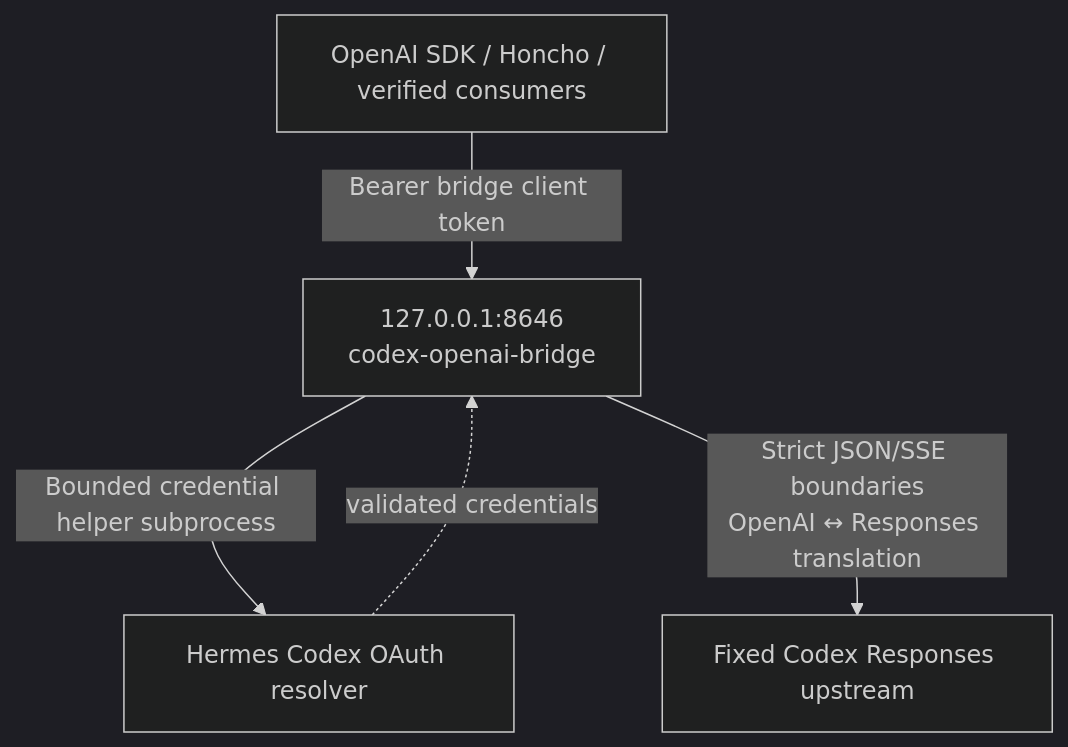
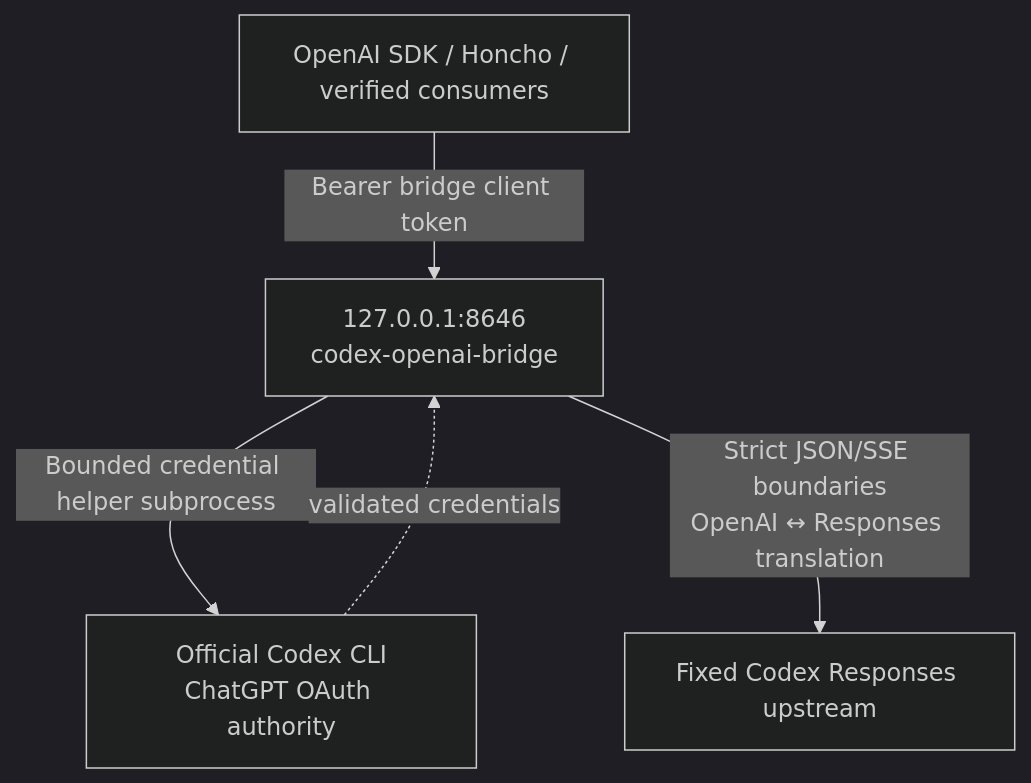
The first of 3 diagrams in README.md (itmst71/codex-openai-bridge), drawn with Mermaid (dark theme) before and after one commit. The commit also changed other lines of this file and 14 other files, not shown here.

Commit message:
[verified] feat: use official Codex CLI authentication

````diff
--- a/README.md
+++ b/README.md
@@ -53,12 +83,12 @@
 ```mermaid
 flowchart TD
     consumers["OpenAI SDK / Honcho / verified consumers"]
     bridge["127.0.0.1:8646<br/>codex-openai-bridge"]
-    resolver["Hermes Codex OAuth resolver"]
+    resolver["Official Codex CLI<br/>ChatGPT OAuth authority"]
     upstream["Fixed Codex Responses upstream"]
 
     consumers -->|"Bearer bridge client token"| bridge
     bridge -->|"Bounded credential helper subprocess"| resolver
     resolver -. "validated credentials" .-> bridge
     bridge -->|"Strict JSON/SSE boundaries<br/>OpenAI ↔ Responses translation"| upstream
 ```
````
